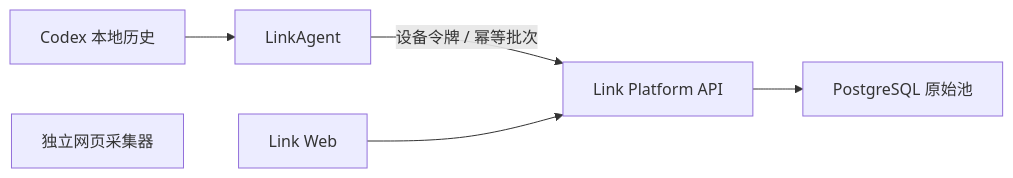
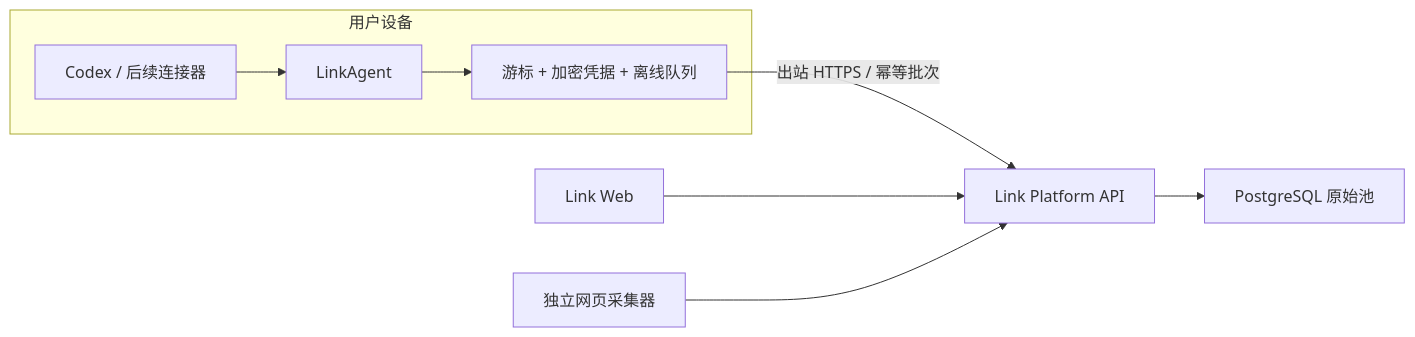
Before and after one commit to Jo-Tsu/link: the diagram in README.md, drawn with Mermaid. The commit also changed other lines of this file and 9 other files, not shown here.

````diff
--- a/README.md
+++ b/README.md
@@ -19,8 +56,12 @@
 ```mermaid
 flowchart LR
-  Codex["Codex 本地历史"] --> Agent["LinkAgent"]
-  Agent -->|"设备令牌 / 幂等批次"| API["Link Platform API"]
-  API --> DB["PostgreSQL 原始池"]
+  subgraph Device["用户设备"]
+    Source["Codex / 后续连接器"] --> Agent["LinkAgent"]
+    Agent --> Queue["游标 + 加密凭据 + 离线队列"]
+  end
+
+  Queue -->|"出站 HTTPS / 幂等批次"| API["Link Platform API"]
+  API --> Raw["PostgreSQL 原始池"]
   Web["Link Web"] --> API
-  Crawler["独立网页采集器"]
+  Crawler["独立网页采集器"] --> API
 ```
````
